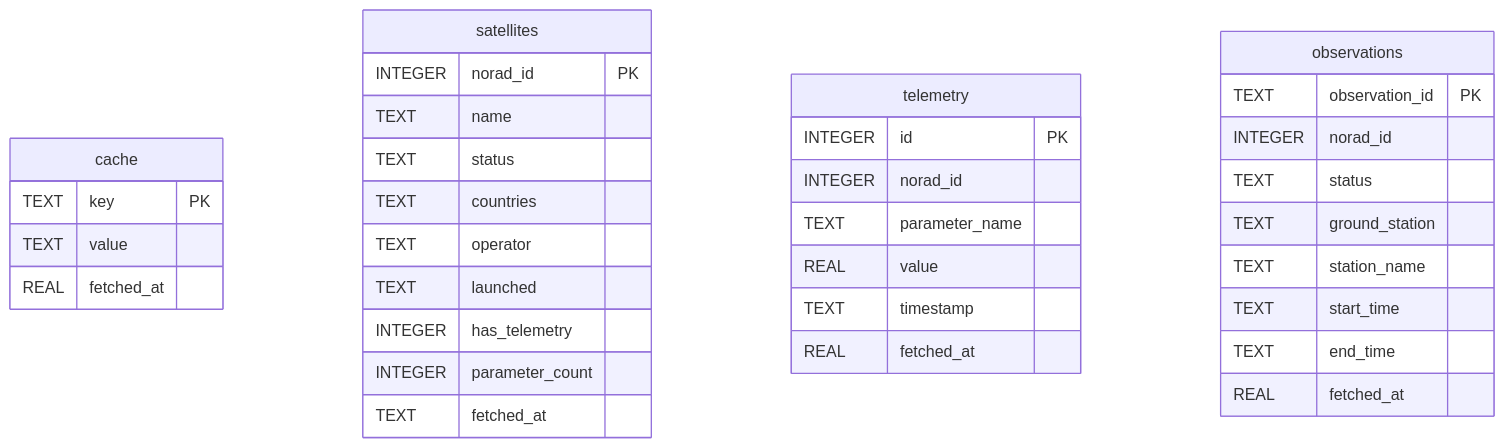
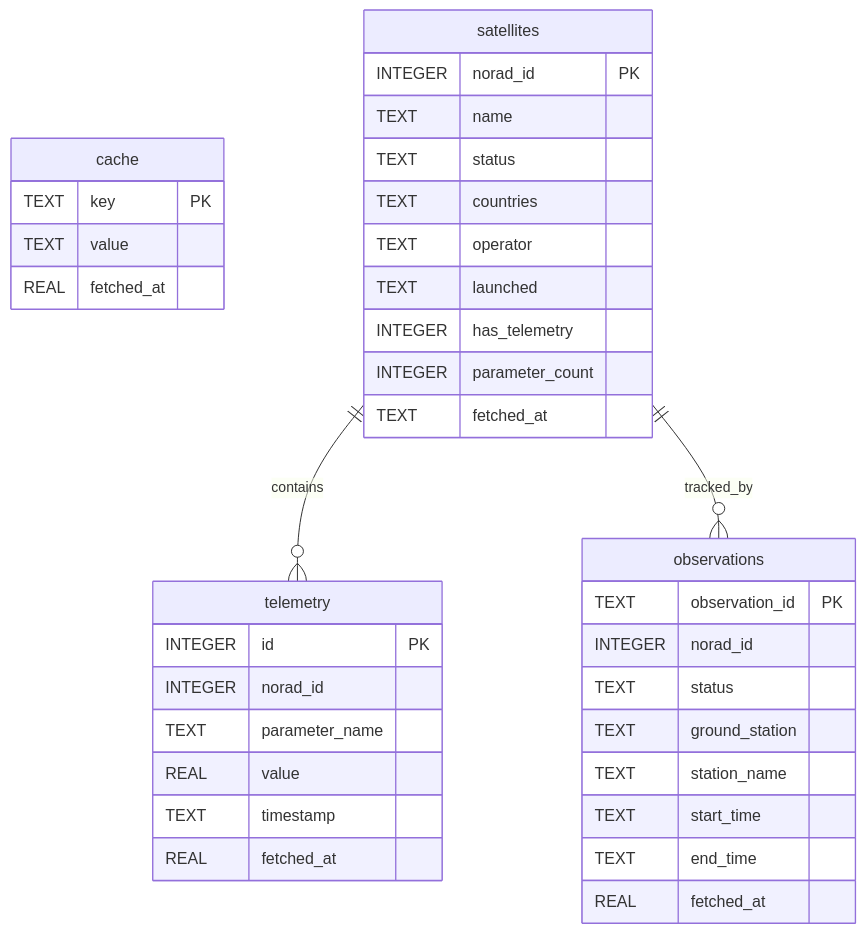
The fourth of 9 diagrams in README.md (yoohooshantanu/Downlink), drawn with Mermaid before and after one commit. The commit also changed other lines of this file, not shown here.

Commit message:
docs: use purely standard mermaid syntax to fix VS Code / Markdown preview compatibility

````diff
--- a/README.md
+++ b/README.md
@@ -149,37 +149,40 @@
 ```mermaid
 erDiagram
     cache {
         TEXT key PK
         TEXT value
         REAL fetched_at
     }
     satellites {
         INTEGER norad_id PK
         TEXT name
         TEXT status
         TEXT countries
         TEXT operator
         TEXT launched
         INTEGER has_telemetry
         INTEGER parameter_count
         TEXT fetched_at
     }
     telemetry {
         INTEGER id PK
         INTEGER norad_id
         TEXT parameter_name
         REAL value
         TEXT timestamp
         REAL fetched_at
     }
     observations {
         TEXT observation_id PK
         INTEGER norad_id
         TEXT status
         TEXT ground_station
         TEXT station_name
         TEXT start_time
         TEXT end_time
         REAL fetched_at
     }
+    
+    satellites ||--o{ telemetry : contains
+    satellites ||--o{ observations : tracked_by
 ```
````
